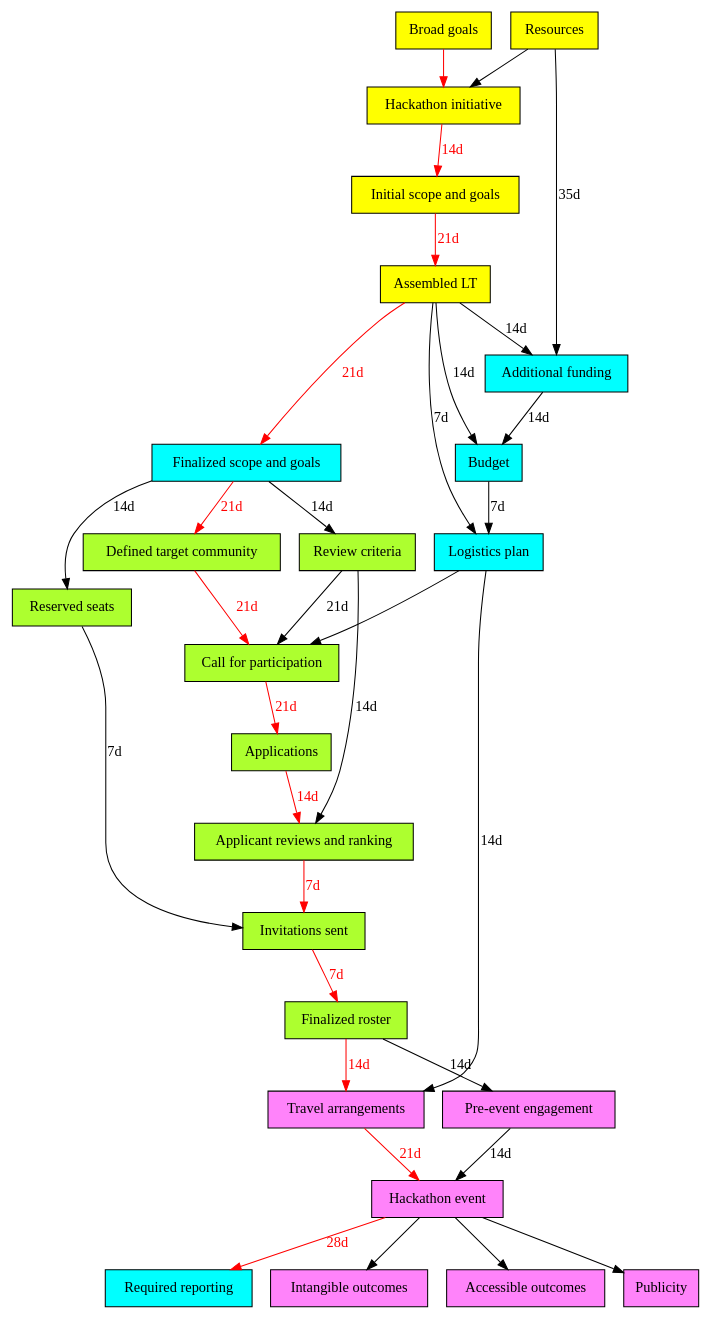
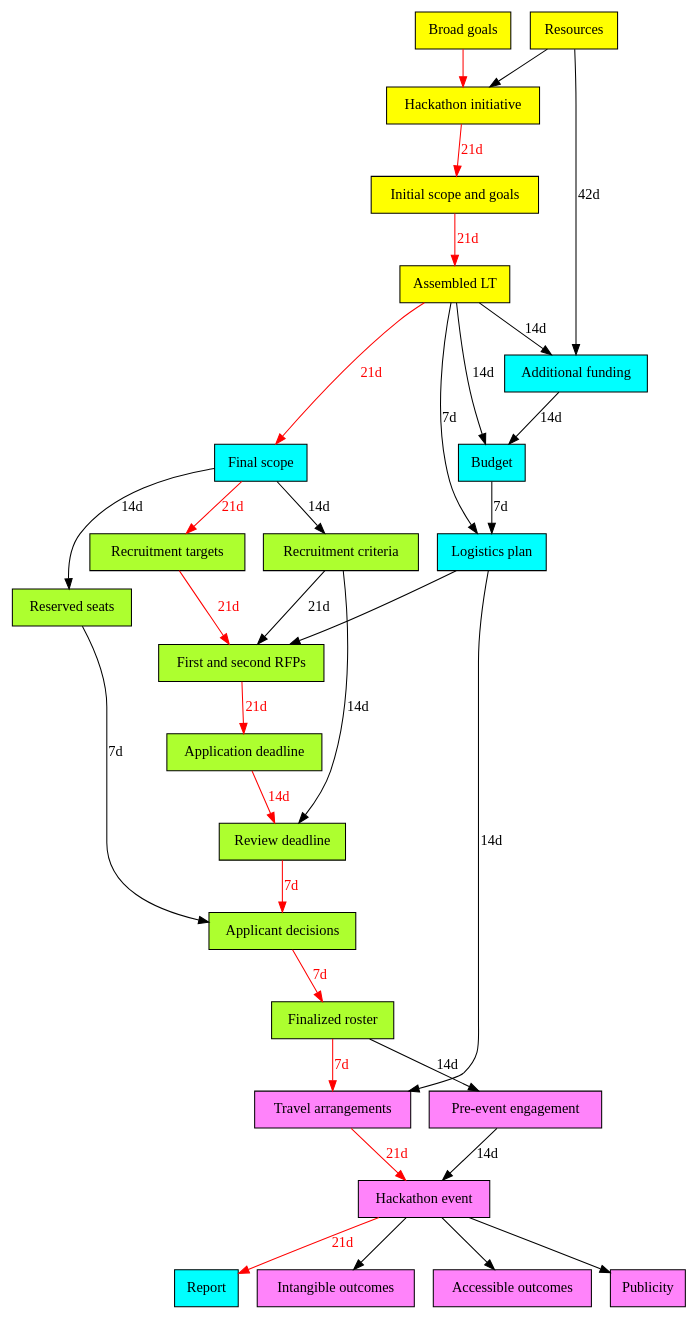
Before and after one commit to NESCent/hip_hack_howto: the diagram in manuscript/pert_chart/pert_chart.dot, drawn with Graphviz.

Commit message:
pert chart reconciled with table 2 of overleaf MS

```diff
--- a/manuscript/pert_chart/pert_chart.dot
+++ b/manuscript/pert_chart/pert_chart.dot
@@ -1,126 +1,126 @@
 digraph pert {
 	/* This is a Program Evaluation and Review Technique (PERT) chart: 
 	http://en.wikipedia.org/wiki/Program_evaluation_and_review_technique encoded in the
 	"dot" graph drawing language. The graph can be visualized in a number of different 
 	programs, the default being GraphViz (http://www.graphviz.org/). Feel free to edit
 	this file at will. As a TO DO item it might be useful to visually identify sets of
 	tasks and milestones that can be accomplished in parallel by team members between
 	conference calls to get an idea of the number of synchronized interactions and 
 	plenary decision points that are required.		
 	*/
 
 	node [ shape = box, style = filled, fontname = "Verdana" ];
 	edge [ fontname = "Verdana" ];
 	
 	/* The following nodes are assumed to be the responsibility
 	of the "instigators", i.e. the core team that precedes, and
 	results in, a leadership team */
 	subgraph instigators {
 		node [fillcolor = yellow];
 	
 		"Broad goals"; // e.g. the goals of a research project that provides core funding
 		"Resources"; // e.g. funding from a project under whose aegis the event is held
 		"Hackathon initiative"; // the decision taken by instigators to organize a hackathon
 		"Initial scope and goals"; // the scope and goals as perceived by the instigators
 		"Assembled LT"; // a more or less finalized Leadership Team to organize the hackathon
 	}
 	
 	/* The following nodes are assumed to be the responsibility
 	of the leadership team */
 	subgraph leadership_team {
 		node [fillcolor = cyan];
 	
-		"Finalized scope and goals"; // the hackathon scope and goals as perceived by the LT
+		"Final scope"; // the hackathon scope and goals as perceived by the LT
 		"Additional funding"; // any additionally acquired funding
 		"Budget"; // the budget for the hackathon, potentially covering travel, catering, accommodation and venue
 		"Logistics plan"; // commitment to location, date, venue
-		"Required reporting"; // any reporting that is required by the funders
+		"Report"; // any reporting that is required by the funders
 	}
 	
 	/* The following nodes are concerned with the recruitment 
 	process. These are actually also the responsibility of the LT,
 	but they are marked up differently to make this process stand out */
 	subgraph recruitment {
 		node [fillcolor = greenyellow];
 
 		"Reserved seats"; // a list of domain experts the LT want to invite
-		"Defined target community"; // a list of potential participant types
-		"Review criteria"; // set of criteria by which applicants are reviewed and ranked
-		"Call for participation"; // a widely-circulated invitation to apply for participation
-		"Applications"; // a set of completed applications, e.g. forms / email responses
-		"Applicant reviews and ranking"; // reviews and ensuing ranking of applicants
-		"Invitations sent"; // invitations to domain experts and positively-reviewed applicants
+		"Recruitment targets"; // a list of potential participant types
+		"Recruitment criteria"; // set of criteria by which applicants are reviewed and ranked
+		"First and second RFPs"; // a widely-circulated invitation to apply for participation
+		"Application deadline"; // a set of completed applications, e.g. forms / email responses
+		"Review deadline"; // reviews and ensuing ranking of applicants
+		"Applicant decisions"; // invitations to domain experts and positively-reviewed applicants
 		"Finalized roster"; // the final list of participants
 	}
 	
 	/* The following nodes are the responsibility of all involved:
 	the LT and the participants */
 	subgraph everyone {
 		node [fillcolor = orchid1];
 	
 		"Pre-event engagement"; // online interactions to refine scope and goals, and expectation management
 		"Travel arrangements"; // participant travel and accommodation 
 		"Hackathon event"; // the hackathon itself
 		"Intangible outcomes"; // e.g. strengthened community, broader impacts
 		"Accessible outcomes"; // e.g. publications, proposals, code
 		"Publicity"; // e.g. social media, newsletters, hackathon proceedings
 	}
 	
 	/* Edges are all annotated with	a naive estimate of the number of days it would
 	take to accomplish the target milestone given the successful completion of the source
 	milestone(s). Most milestones are assumed to be accomplished by an experienced
 	leadership team with past experiences and artefacts to draw from. The turnaround time
 	between many of these milestones is therefore now penciled in as two weeks or less 
 	(e.g. the time between conference calls, the time to get a reply to an email). Tasks 
 	that include interactions with others, such as funders, inexperienced participants, 
 	travel agents and so on are assumed to take longer.
 	*/	
 	
 	/* The following edges are assumed to constitute the "critical 
 	path". As a TODO item, a specification of the time needed to achieve
 	each milestone in this graph would allow us to compute the actual
 	critical path and validate the following, subjective, assignments
 	to the critical path */
 	edge [color = red fontcolor = red];
 	
 	"Broad goals" -> "Hackathon initiative"; // starting condition
-	"Hackathon initiative" -> "Initial scope and goals" [ label = "14d" ];
+	"Hackathon initiative" -> "Initial scope and goals" [ label = "21d" ];
 	"Initial scope and goals" -> "Assembled LT" [ label = "21d" ]; // await multiple responses
-	"Assembled LT" -> "Finalized scope and goals" [ label = "21d" ]; // iterative debate
-	"Finalized scope and goals" -> "Defined target community" [ label = "21d" ];
-	"Defined target community" -> "Call for participation" [ label = "21d" ];
-	"Call for participation" -> "Applications" [ label = "21d" ]; // await multiple responses
-	"Applications" -> "Applicant reviews and ranking" [ label = "14d" ];
-	"Applicant reviews and ranking" -> "Invitations sent" [ label = "7d" ];
-	"Invitations sent" -> "Finalized roster" [ label = "7d" ];
-	"Finalized roster" -> "Travel arrangements" [ label = "14d" ];
+	"Assembled LT" -> "Final scope" [ label = "21d" ]; // iterative debate
+	"Final scope" -> "Recruitment targets" [ label = "21d" ];
+	"Recruitment targets" -> "First and second RFPs" [ label = "21d" ];
+	"First and second RFPs" -> "Application deadline" [ label = "21d" ]; // await multiple responses
+	"Application deadline" -> "Review deadline" [ label = "14d" ];
+	"Review deadline" -> "Applicant decisions" [ label = "7d" ];
+	"Applicant decisions" -> "Finalized roster" [ label = "7d" ];
+	"Finalized roster" -> "Travel arrangements" [ label = "7d" ];
 	"Travel arrangements" -> "Hackathon event" [ label = "21d" ]; // communicate with travel agents
-	"Hackathon event" -> "Required reporting" [ label = "28d" ]; // probably less time sensitive
+	"Hackathon event" -> "Report" [ label = "21d" ]; // probably less time sensitive
 	
 	/* These edges do not belong to the critical path. This doesn't mean
 	they're somehow less important, just that they don't participate in the
 	longest dependency chain. */
 	edge [color = black fontcolor = black];
 	
 	"Resources" -> "Hackathon initiative"; // starting condition
-	"Resources" -> "Additional funding" [ label = "35d" ]; // await multiple responses
+	"Resources" -> "Additional funding" [ label = "42d" ]; // await multiple responses
 	"Additional funding" -> "Budget" [ label = "14d" ];
 	"Budget" -> "Logistics plan" [ label = "7d" ];
 	"Logistics plan" -> "Travel arrangements" [ label = "14d" ];
-	"Logistics plan" -> "Call for participation";
-	"Finalized scope and goals" -> "Reserved seats" [ label = "14d" ];
-	"Finalized scope and goals" -> "Review criteria" [ label = "14d" ];
-	"Review criteria" -> "Applicant reviews and ranking" [ label = "14d" ];	
-	"Review criteria" -> "Call for participation" [ label = "21d" ];
-	"Reserved seats" -> "Invitations sent" [ label = "7d" ];
+	"Logistics plan" -> "First and second RFPs";
+	"Final scope" -> "Reserved seats" [ label = "14d" ];
+	"Final scope" -> "Recruitment criteria" [ label = "14d" ];
+	"Recruitment criteria" -> "Review deadline" [ label = "14d" ];	
+	"Recruitment criteria" -> "First and second RFPs" [ label = "21d" ];
+	"Reserved seats" -> "Applicant decisions" [ label = "7d" ];
 	"Finalized roster" -> "Pre-event engagement" [ label = "14d" ];
 	"Pre-event engagement" -> "Hackathon event" [ label = "14d" ];
 	"Assembled LT" -> "Additional funding" [ label = "14d" ];
 	"Assembled LT" -> "Budget" [ label = "14d" ];
 	"Assembled LT" -> "Logistics plan" [ label = "7d" ];
 	
 	// no real deadline on the below. 
 	"Hackathon event" -> "Intangible outcomes";
 	"Hackathon event" -> "Accessible outcomes";
 	"Hackathon event" -> "Publicity";	
 }
```
